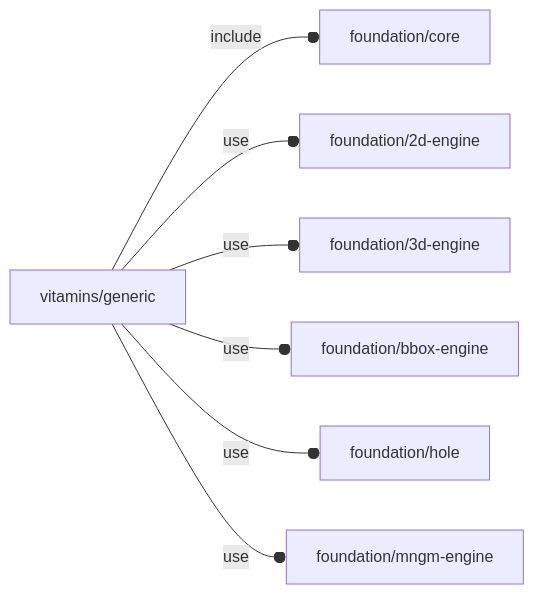
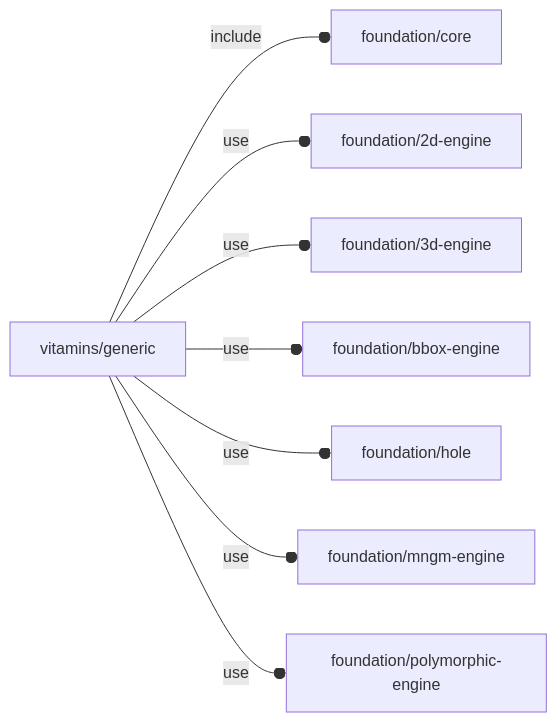
Before and after one commit to ggabbiani/OFL: the diagram in orthodocs/vitamins/generic.md, drawn with Mermaid. The commit also changed other lines of this file and 13 other files, not shown here.

````diff
--- a/orthodocs/vitamins/generic.md
+++ b/orthodocs/vitamins/generic.md
@@ -5,9 +5,10 @@
 ```mermaid
 graph LR
     A1[vitamins/generic] --o|include| A2[foundation/core]
     A1 --o|use| A3[foundation/2d-engine]
     A1 --o|use| A4[foundation/3d-engine]
     A1 --o|use| A5[foundation/bbox-engine]
     A1 --o|use| A6[foundation/hole]
     A1 --o|use| A7[foundation/mngm-engine]
+    A1 --o|use| A8[foundation/polymorphic-engine]
 ```
````
